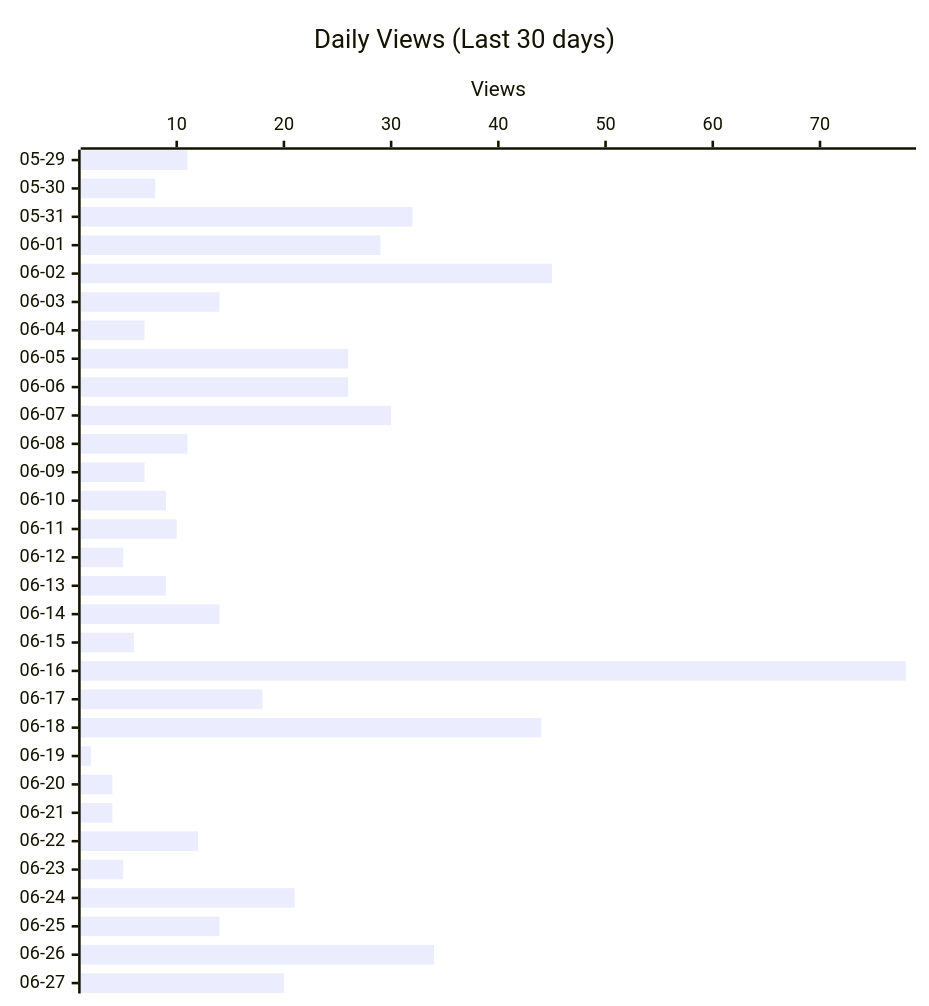
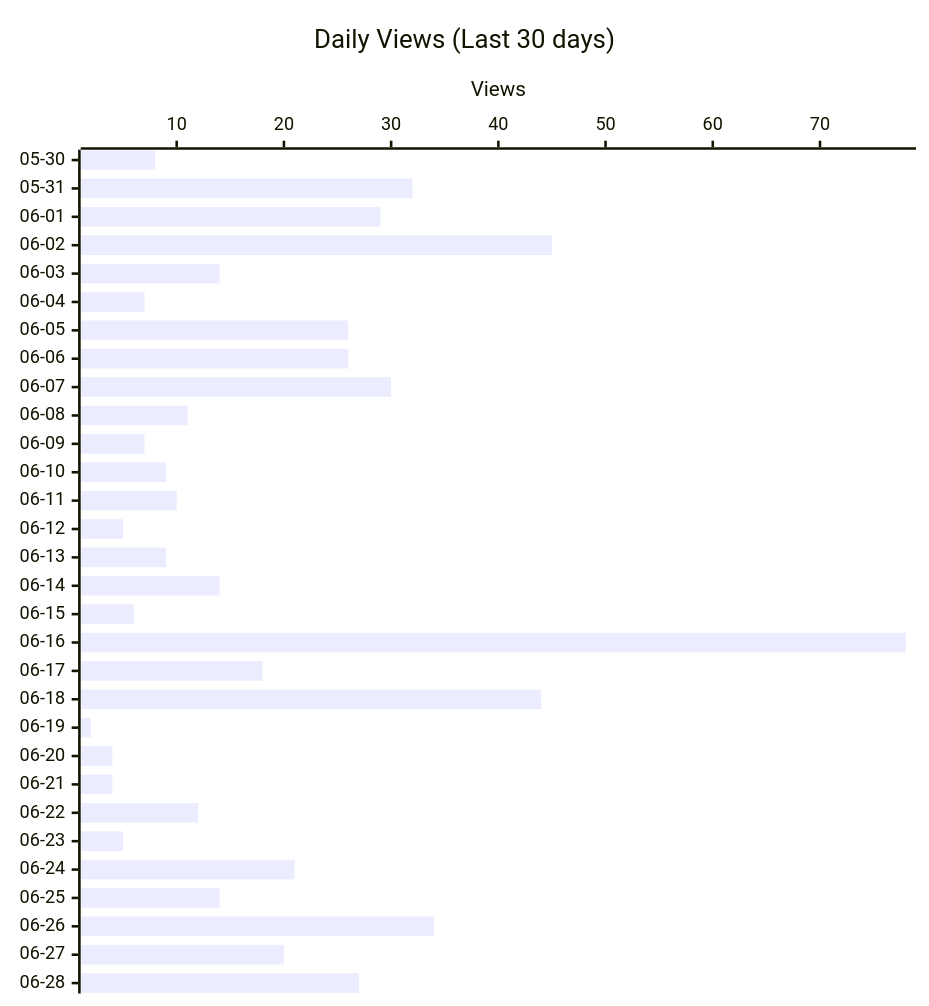
Before and after one commit to shigechika/github-insights: the second of 3 diagrams in README.md, drawn with Mermaid. The commit also changed other lines of this file and 2 other files, not shown here.

````diff
--- a/README.md
+++ b/README.md
@@ -28,12 +28,12 @@
 ```mermaid
 ---
 config:
   xyChart:
     height: 760
 ---
 xychart-beta horizontal
     title "Daily Views (Last 30 days)"
-    x-axis ["05-29", "05-30", "05-31", "06-01", "06-02", "06-03", "06-04", "06-05", "06-06", "06-07", "06-08", "06-09", "06-10", "06-11", "06-12", "06-13", "06-14", "06-15", "06-16", "06-17", "06-18", "06-19", "06-20", "06-21", "06-22", "06-23", "06-24", "06-25", "06-26", "06-27"]
+    x-axis ["05-30", "05-31", "06-01", "06-02", "06-03", "06-04", "06-05", "06-06", "06-07", "06-08", "06-09", "06-10", "06-11", "06-12", "06-13", "06-14", "06-15", "06-16", "06-17", "06-18", "06-19", "06-20", "06-21", "06-22", "06-23", "06-24", "06-25", "06-26", "06-27", "06-28"]
     y-axis "Views"
-    bar [11, 8, 32, 29, 45, 14, 7, 26, 26, 30, 11, 7, 9, 10, 5, 9, 14, 6, 78, 18, 44, 2, 4, 4, 12, 5, 21, 14, 34, 20]
+    bar [8, 32, 29, 45, 14, 7, 26, 26, 30, 11, 7, 9, 10, 5, 9, 14, 6, 78, 18, 44, 2, 4, 4, 12, 5, 21, 14, 34, 20, 27]
 ```
````
